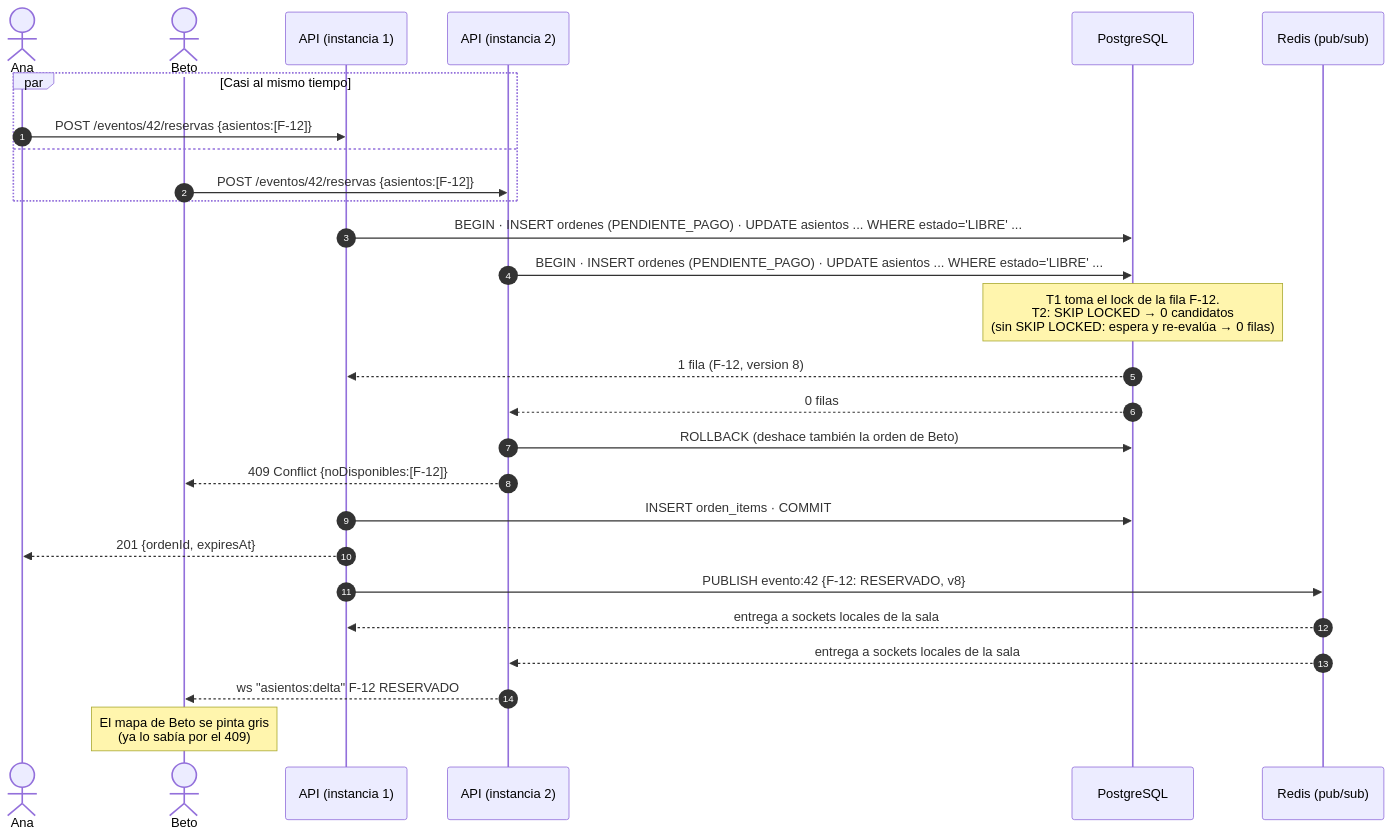
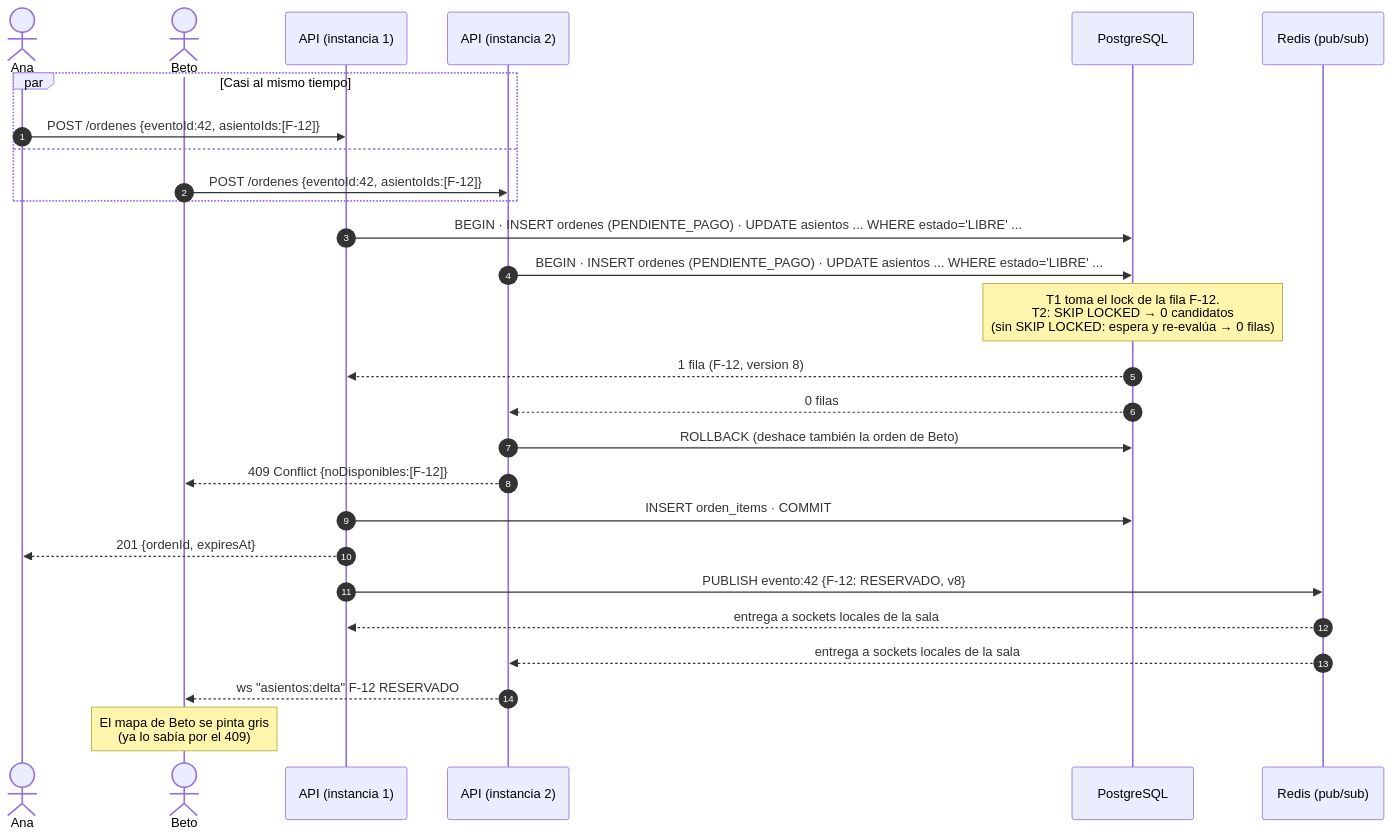
One commit to oliver-franz123/ticketing-app changed the third of 4 diagrams in docs/04-concurrencia-y-doble-compra.md. Above: the diagram before and after it, drawn with Mermaid. The commit also changed other lines of this file and 6 other files, not shown here.

First line of the commit message:
docs: POST /ordenes, publicar y el matiz de SKIP LOCKED en C-02/C-03

````diff
--- a/docs/04-concurrencia-y-doble-compra.md
+++ b/docs/04-concurrencia-y-doble-compra.md
@@ -278,31 +290,31 @@
 ```mermaid
 sequenceDiagram
     autonumber
     actor Ana
     actor Beto
     participant API1 as API (instancia 1)
     participant API2 as API (instancia 2)
     participant PG as PostgreSQL
     participant RD as Redis (pub/sub)
 
     par Casi al mismo tiempo
-        Ana->>API1: POST /eventos/42/reservas {asientos:[F-12]}
+        Ana->>API1: POST /ordenes {eventoId:42, asientoIds:[F-12]}
     and
-        Beto->>API2: POST /eventos/42/reservas {asientos:[F-12]}
+        Beto->>API2: POST /ordenes {eventoId:42, asientoIds:[F-12]}
     end
 
     API1->>PG: BEGIN · INSERT ordenes (PENDIENTE_PAGO) · UPDATE asientos ... WHERE estado='LIBRE' ...
     API2->>PG: BEGIN · INSERT ordenes (PENDIENTE_PAGO) · UPDATE asientos ... WHERE estado='LIBRE' ...
     Note over PG: T1 toma el lock de la fila F-12.<br/>T2: SKIP LOCKED → 0 candidatos<br/>(sin SKIP LOCKED: espera y re-evalúa → 0 filas)
     PG-->>API1: 1 fila (F-12, version 8)
     PG-->>API2: 0 filas
     API2->>PG: ROLLBACK (deshace también la orden de Beto)
     API2-->>Beto: 409 Conflict {noDisponibles:[F-12]}
     API1->>PG: INSERT orden_items · COMMIT
     API1-->>Ana: 201 {ordenId, expiresAt}
     API1->>RD: PUBLISH evento:42 {F-12: RESERVADO, v8}
     RD-->>API1: entrega a sockets locales de la sala
     RD-->>API2: entrega a sockets locales de la sala
     API2-->>Beto: ws "asientos:delta" F-12 RESERVADO
     Note over Beto: El mapa de Beto se pinta gris<br/>(ya lo sabía por el 409)
 ```
````
